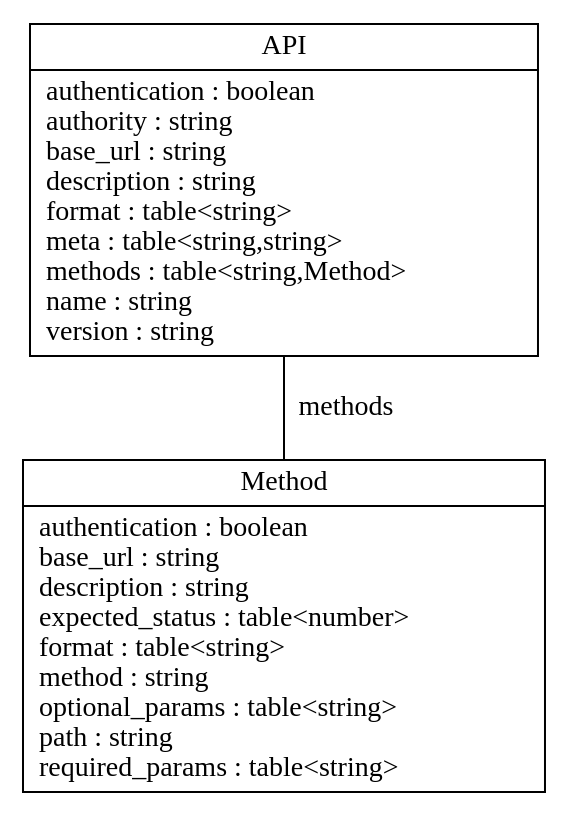
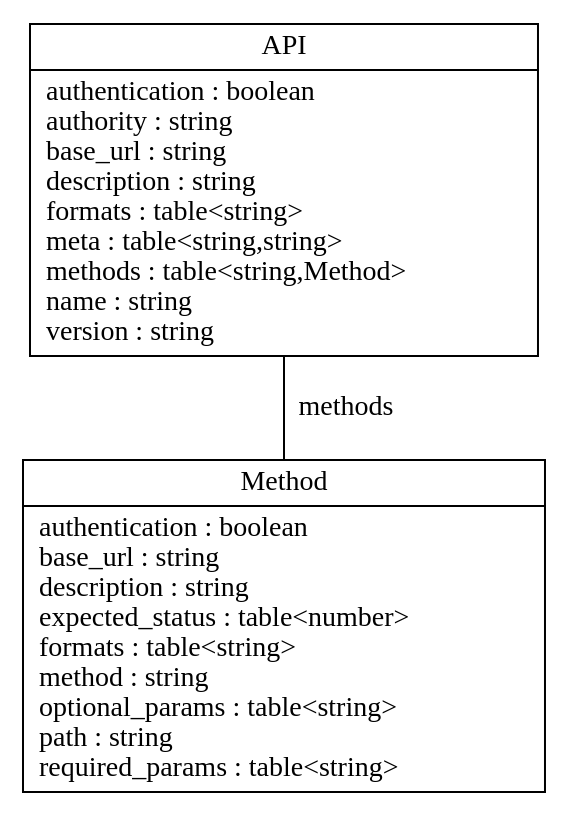
Before and after one commit to SPORE/specifications: the diagram in uml/api.dot, drawn with Graphviz. The commit also changed 3 other files, not shown here.

```diff
--- a/uml/api.dot
+++ b/uml/api.dot
@@ -1,13 +1,13 @@
 digraph {
 
     node [shape=record];
 
     "Method"
-        [label="{\N|authentication : boolean\lbase_url : string\ldescription : string\lexpected_status : table&lt;number&gt;\lformat : table&lt;string&gt;\lmethod : string\loptional_params : table&lt;string&gt;\lpath : string\lrequired_params : table&lt;string&gt;\l}"];
+        [label="{\N|authentication : boolean\lbase_url : string\ldescription : string\lexpected_status : table&lt;number&gt;\lformats : table&lt;string&gt;\lmethod : string\loptional_params : table&lt;string&gt;\lpath : string\lrequired_params : table&lt;string&gt;\l}"];
 
     "API"
-        [label="{\N|authentication : boolean\lauthority : string\lbase_url : string\ldescription : string\lformat : table&lt;string&gt;\lmeta : table&lt;string,string&gt;\lmethods : table&lt;string,Method&gt;\lname : string\lversion : string\l}"];
+        [label="{\N|authentication : boolean\lauthority : string\lbase_url : string\ldescription : string\lformats : table&lt;string&gt;\lmeta : table&lt;string,string&gt;\lmethods : table&lt;string,Method&gt;\lname : string\lversion : string\l}"];
     "API" -> "Method" // attr isa table<string,Method>
         [label = "methods", arrowhead = none, arrowtail = odiamond];
 
 }
```
